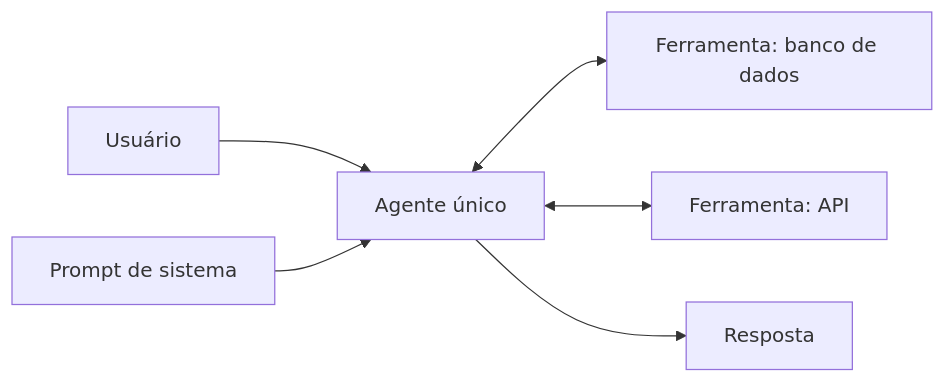
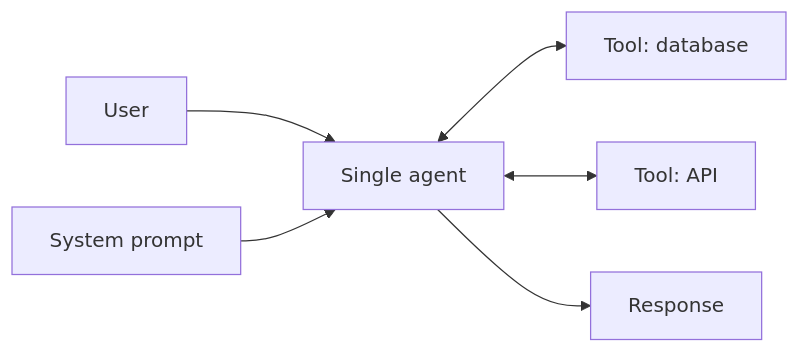
The diagram in docs/ai/agentic-ai/dynamic-orchestration/single-agent.md (alancesar/design-patterns), drawn with Mermaid before and after one commit. The commit also changed 258 other files, not shown here.

First line of the commit message:
Translate Mermaid diagrams to English

````diff
--- a/docs/ai/agentic-ai/dynamic-orchestration/single-agent.md
+++ b/docs/ai/agentic-ai/dynamic-orchestration/single-agent.md
@@ -52,8 +52,8 @@
 ```mermaid
 flowchart LR
-    U["Usuário"] --> A["Agente único"]
-    P["Prompt de sistema"] --> A
-    A <--> T1["Ferramenta: banco de dados"]
-    A <--> T2["Ferramenta: API"]
-    A --> R["Resposta"]
+    U["User"] --> A["Single agent"]
+    P["System prompt"] --> A
+    A <--> T1["Tool: database"]
+    A <--> T2["Tool: API"]
+    A --> R["Response"]
 ```
````
